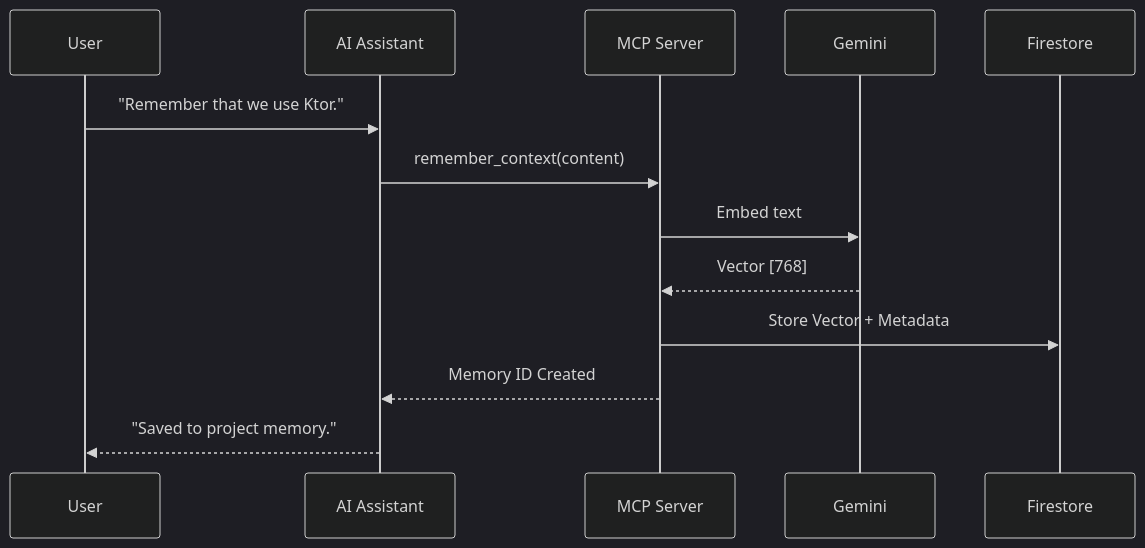
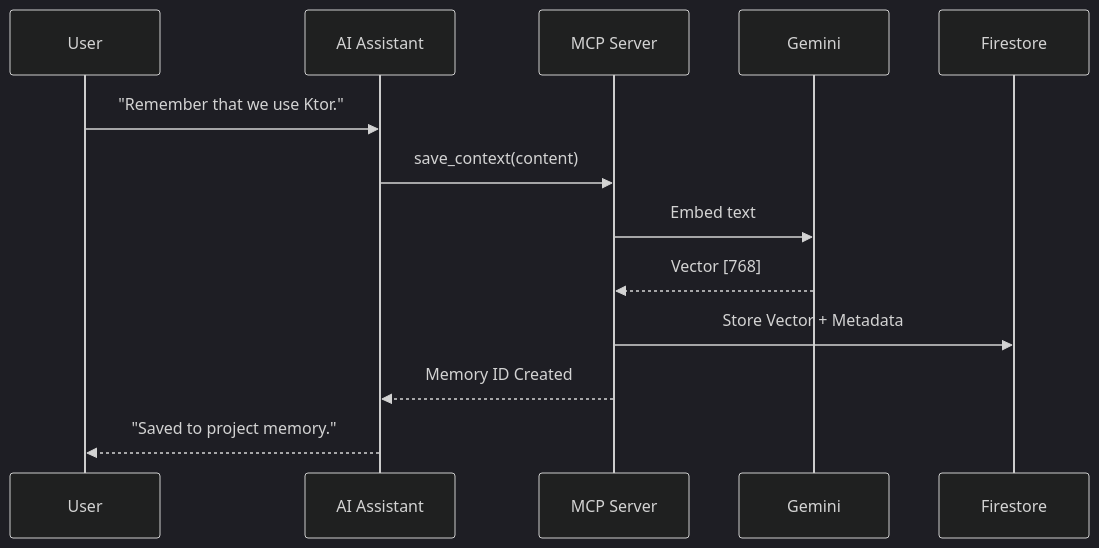
Before and after one commit to chrishonson/Metacortex: the second of 3 diagrams in docs/ARCHITECTURE.md, drawn with Mermaid (dark theme). The commit also changed other lines of this file and 25 other files, not shown here.

Commit message:
Rename memory write contract to save_context (card 66)

````diff
--- a/docs/ARCHITECTURE.md
+++ b/docs/ARCHITECTURE.md
@@ -63,16 +63,16 @@
 ```mermaid
 sequenceDiagram
     participant U as User
     participant A as AI Assistant
     participant S as MCP Server
     participant G as Gemini
     participant F as Firestore
 
     U->>A: "Remember that we use Ktor."
-    A->>S: remember_context(content)
+    A->>S: save_context(content)
     S->>G: Embed text
     G-->>S: Vector [768]
     S->>F: Store Vector + Metadata
     S-->>A: Memory ID Created
     A-->>U: "Saved to project memory."
 ```
````
